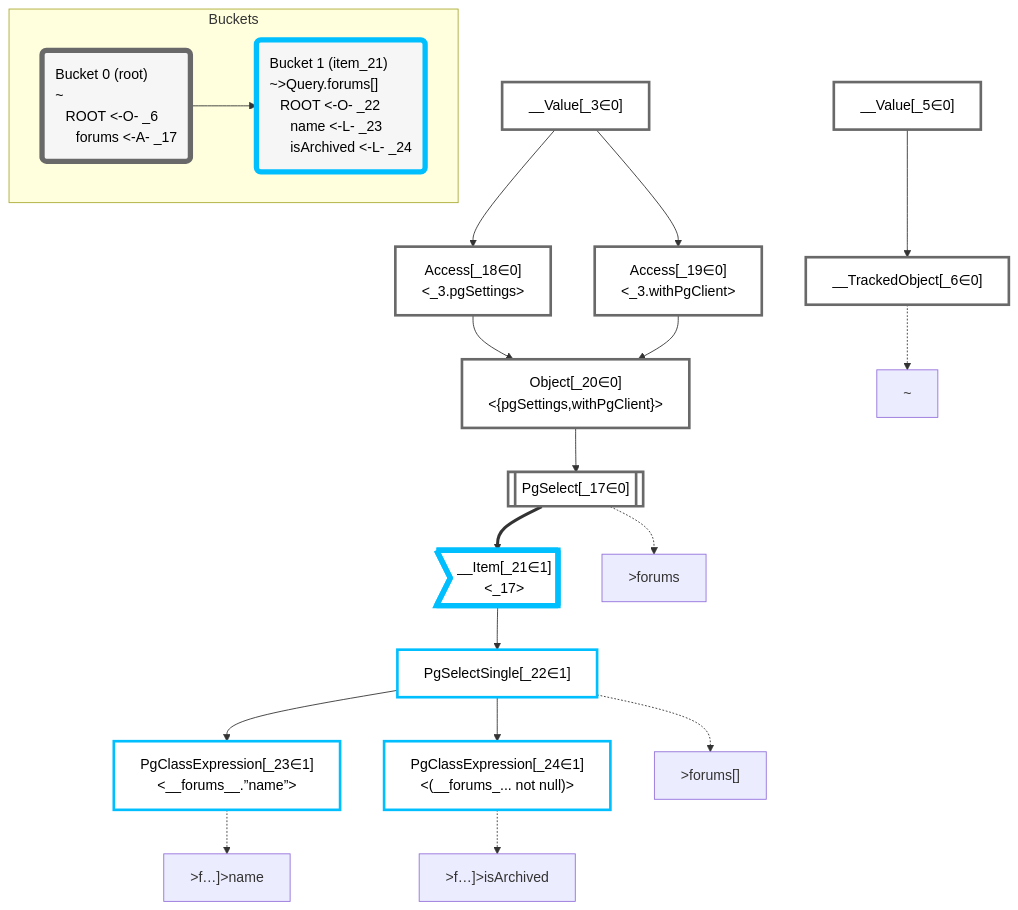
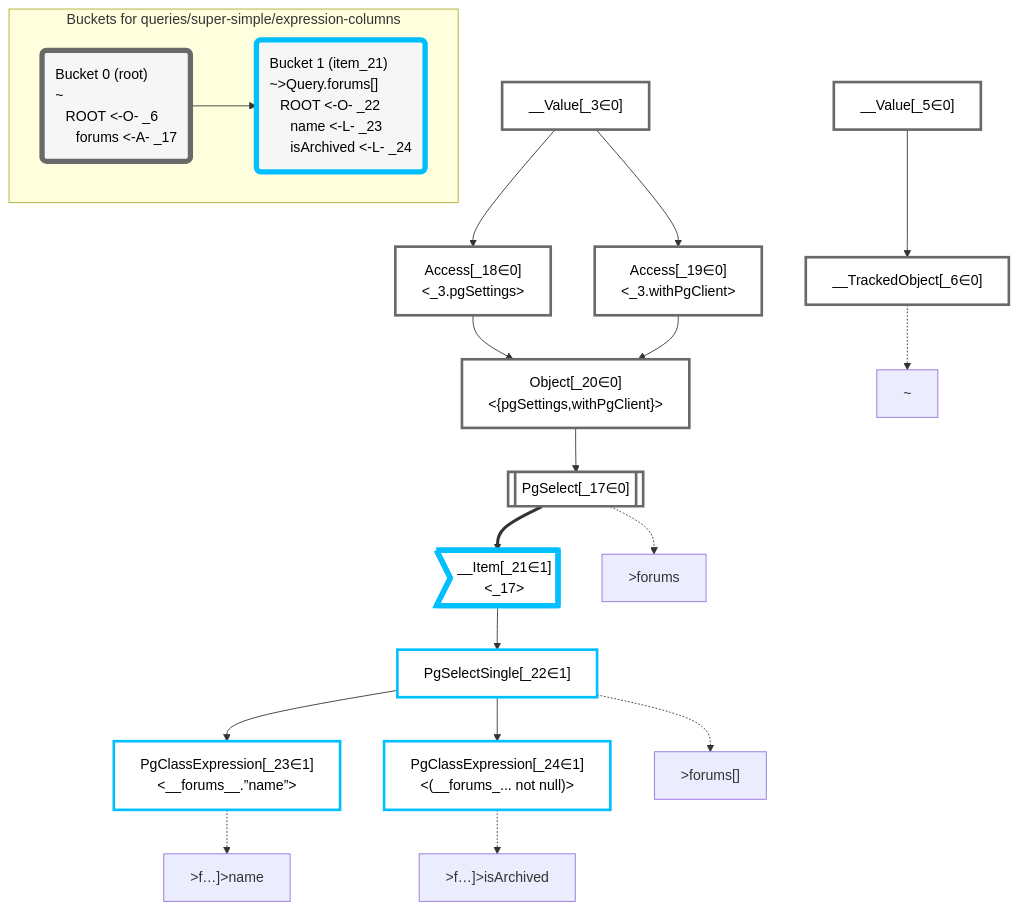
One commit to graphile/crystal changed the diagram in packages/dataplan-pg/__tests__/queries/super-simple/expression-columns.mermaid.md. Above: the diagram before and after it, drawn with Mermaid. The commit also changed 195 other files, not shown here.

````diff
--- a/packages/dataplan-pg/__tests__/queries/super-simple/expression-columns.mermaid.md
+++ b/packages/dataplan-pg/__tests__/queries/super-simple/expression-columns.mermaid.md
@@ -1,60 +1,60 @@
 ```mermaid
 graph TD
     classDef path fill:#eee,stroke:#000,color:#000
     classDef plan fill:#fff,stroke-width:3px,color:#000
     classDef itemplan fill:#fff,stroke-width:6px,color:#000
     classDef sideeffectplan fill:#f00,stroke-width:6px,color:#000
     classDef bucket fill:#f6f6f6,color:#000,stroke-width:6px,text-align:left
 
 
     %% define plans
     __Value_3["__Value[_3∈0]<br /><context>"]:::plan
     __Value_5["__Value[_5∈0]<br /><rootValue>"]:::plan
     __TrackedObject_6["__TrackedObject[_6∈0]"]:::plan
     PgSelect_17[["PgSelect[_17∈0]<br /><forums>"]]:::plan
     Access_18["Access[_18∈0]<br /><_3.pgSettings>"]:::plan
     Access_19["Access[_19∈0]<br /><_3.withPgClient>"]:::plan
     Object_20["Object[_20∈0]<br /><{pgSettings,withPgClient}>"]:::plan
     __Item_21>"__Item[_21∈1]<br /><_17>"]:::itemplan
     PgSelectSingle_22["PgSelectSingle[_22∈1]<br /><forums>"]:::plan
     PgClassExpression_23["PgClassExpression[_23∈1]<br /><__forums__.”name”>"]:::plan
     PgClassExpression_24["PgClassExpression[_24∈1]<br /><(__forums_... not null)>"]:::plan
 
     %% plan dependencies
     __Value_5 --> __TrackedObject_6
     Object_20 --> PgSelect_17
     __Value_3 --> Access_18
     __Value_3 --> Access_19
     Access_18 --> Object_20
     Access_19 --> Object_20
     PgSelect_17 ==> __Item_21
     __Item_21 --> PgSelectSingle_22
     PgSelectSingle_22 --> PgClassExpression_23
     PgSelectSingle_22 --> PgClassExpression_24
 
     %% plan-to-path relationships
     P_6["~"]
     __TrackedObject_6 -.-> P_6
     P_17[">forums"]
     PgSelect_17 -.-> P_17
     P_22[">forums[]"]
     PgSelectSingle_22 -.-> P_22
     P_23[">f…]>name"]
     PgClassExpression_23 -.-> P_23
     P_24[">f…]>isArchived"]
     PgClassExpression_24 -.-> P_24
 
     %% allocate buckets
     classDef bucket0 stroke:#696969
     class __Value_3,__Value_5,__TrackedObject_6,PgSelect_17,Access_18,Access_19,Object_20 bucket0
     classDef bucket1 stroke:#00bfff
     class __Item_21,PgSelectSingle_22,PgClassExpression_23,PgClassExpression_24 bucket1
 
-    subgraph Buckets
+    subgraph "Buckets for queries/super-simple/expression-columns"
     Bucket0("Bucket 0 (root)<br />~<br />⠀ROOT <-O- _6<br />⠀⠀forums <-A- _17"):::bucket
     style Bucket0 stroke:#696969
     Bucket1("Bucket 1 (item_21)<br />~>Query.forums[]<br />⠀ROOT <-O- _22<br />⠀⠀name <-L- _23<br />⠀⠀isArchived <-L- _24"):::bucket
     style Bucket1 stroke:#00bfff
     Bucket0 --> Bucket1
     end
 ```
````
